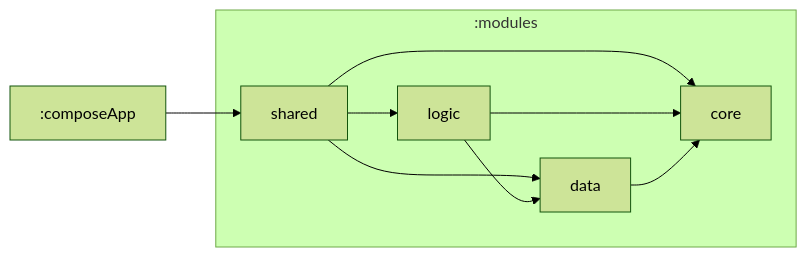
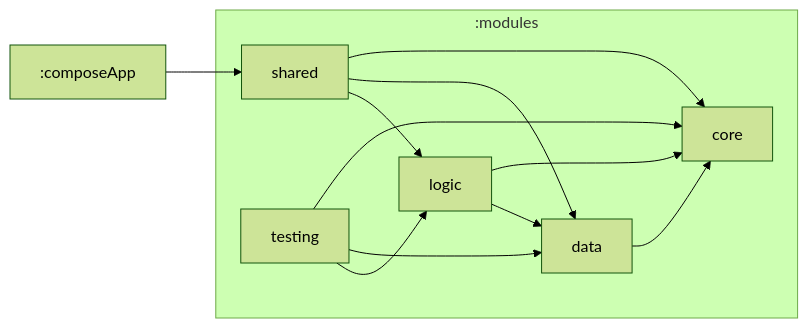
One commit to areebmomin/Weather-Union-KMM changed the diagram in README.md. Above: the diagram before and after it, drawn with Mermaid. The commit also changed 8 other files, not shown here.

````diff
--- a/README.md
+++ b/README.md
@@ -19,22 +19,26 @@
 ```mermaid
 %%{
   init: {
     'theme': 'forest'
   }
 }%%
 
 graph LR
   subgraph :modules
     :modules:shared["shared"]
     :modules:core["core"]
     :modules:data["data"]
     :modules:logic["logic"]
+    :modules:testing["testing"]
   end
   :composeApp --> :modules:shared
   :modules:shared --> :modules:core
   :modules:shared --> :modules:data
   :modules:shared --> :modules:logic
   :modules:logic --> :modules:core
   :modules:logic --> :modules:data
+  :modules:testing --> :modules:core
+  :modules:testing --> :modules:data
+  :modules:testing --> :modules:logic
   :modules:data --> :modules:core
 ```
````
